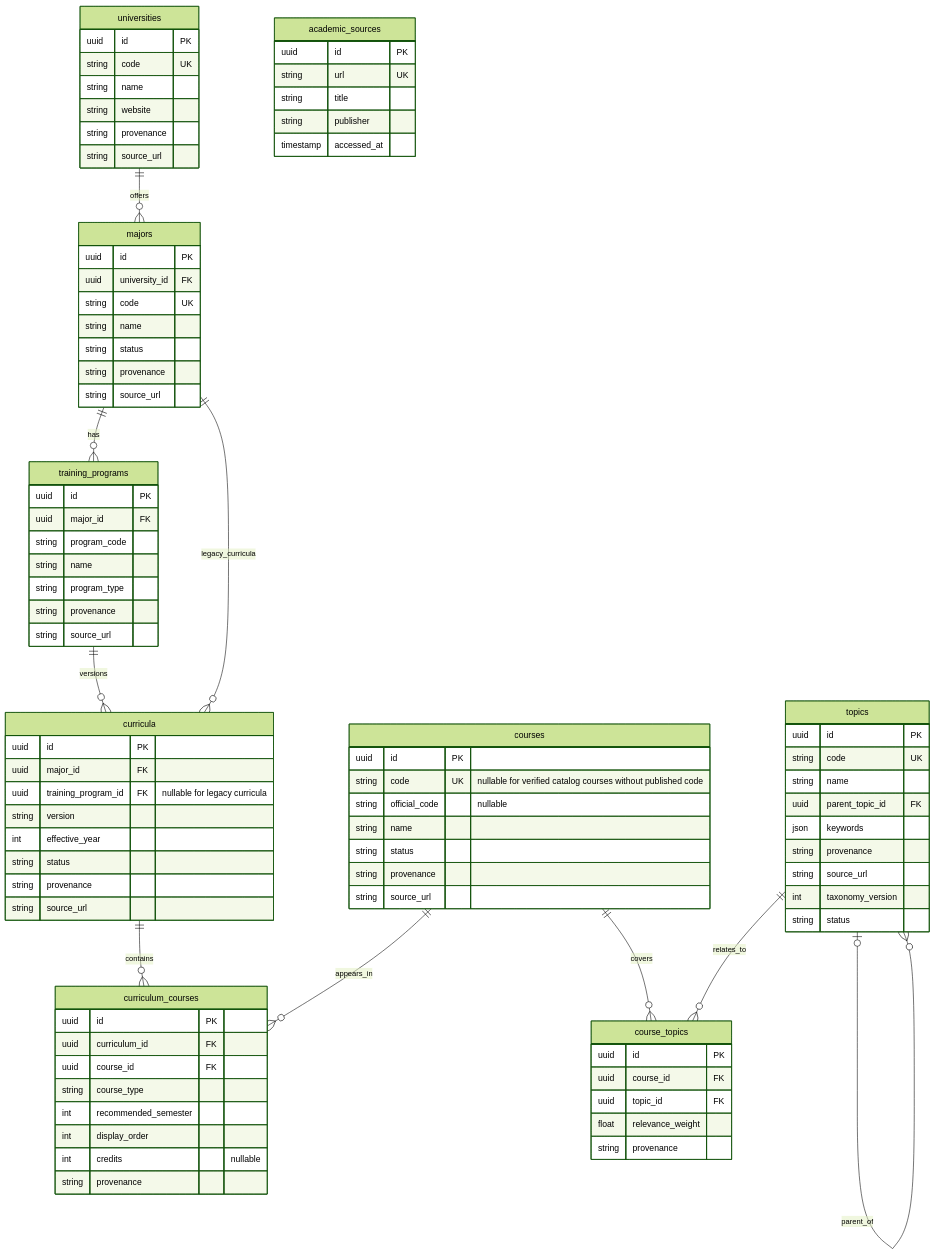
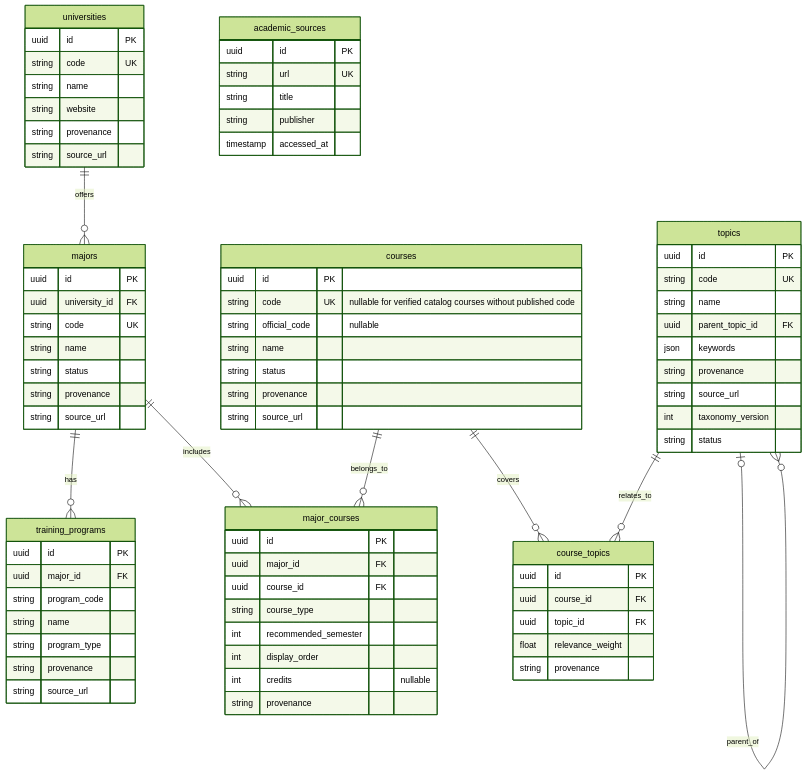
Before and after one commit to dinhbaokhanh/AcaSocial: the diagram in docs/academic-foundation.md, drawn with Mermaid (forest theme). The commit also changed other lines of this file and 75 other files, not shown here.

```diff
--- a/docs/academic-foundation.md
+++ b/docs/academic-foundation.md
@@ -16,10 +16,8 @@
 erDiagram
     universities ||--o{ majors : offers
     majors ||--o{ training_programs : has
-    training_programs ||--o{ curricula : versions
-    majors ||--o{ curricula : legacy_curricula
-    curricula ||--o{ curriculum_courses : contains
-    courses ||--o{ curriculum_courses : appears_in
+    majors ||--o{ major_courses : includes
+    courses ||--o{ major_courses : belongs_to
     courses ||--o{ course_topics : covers
     topics ||--o{ course_topics : relates_to
     topics o|--o{ topics : parent_of
@@ -51,19 +49,9 @@
         string provenance
         string source_url
     }
-    curricula {
+    major_courses {
         uuid id PK
         uuid major_id FK
-        uuid training_program_id FK "nullable for legacy curricula"
-        string version
-        int effective_year
-        string status
-        string provenance
-        string source_url
-    }
-    curriculum_courses {
-        uuid id PK
-        uuid curriculum_id FK
         uuid course_id FK
         string course_type
         int recommended_semester
```
